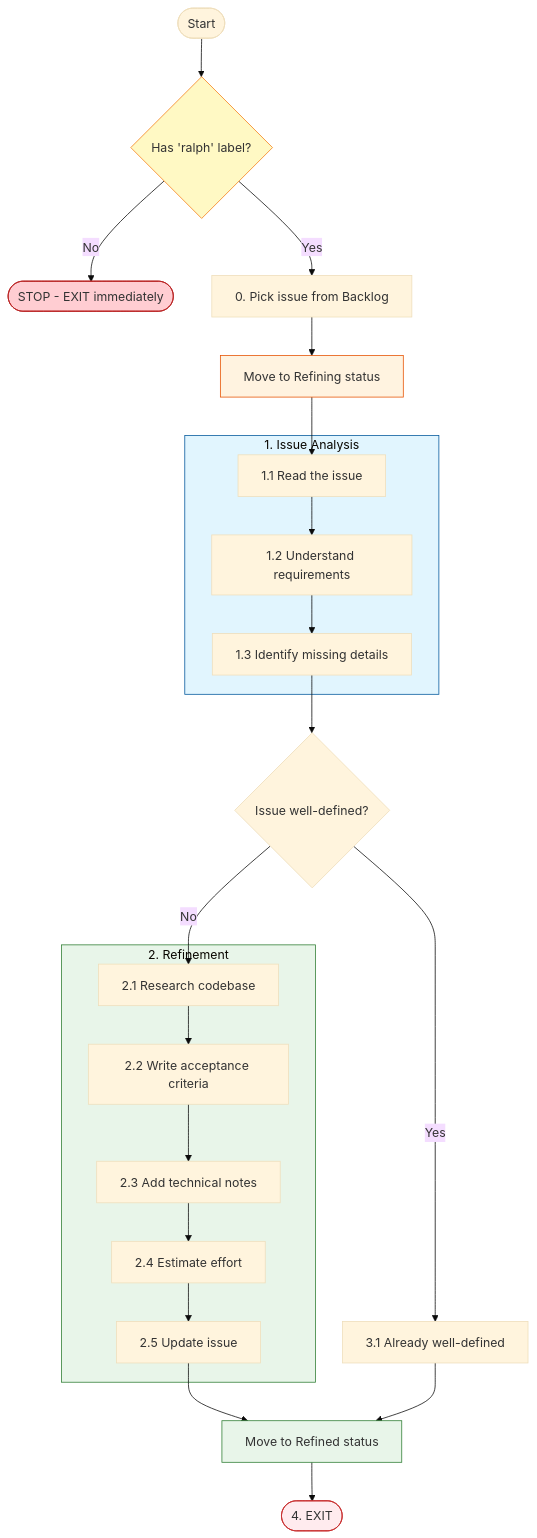
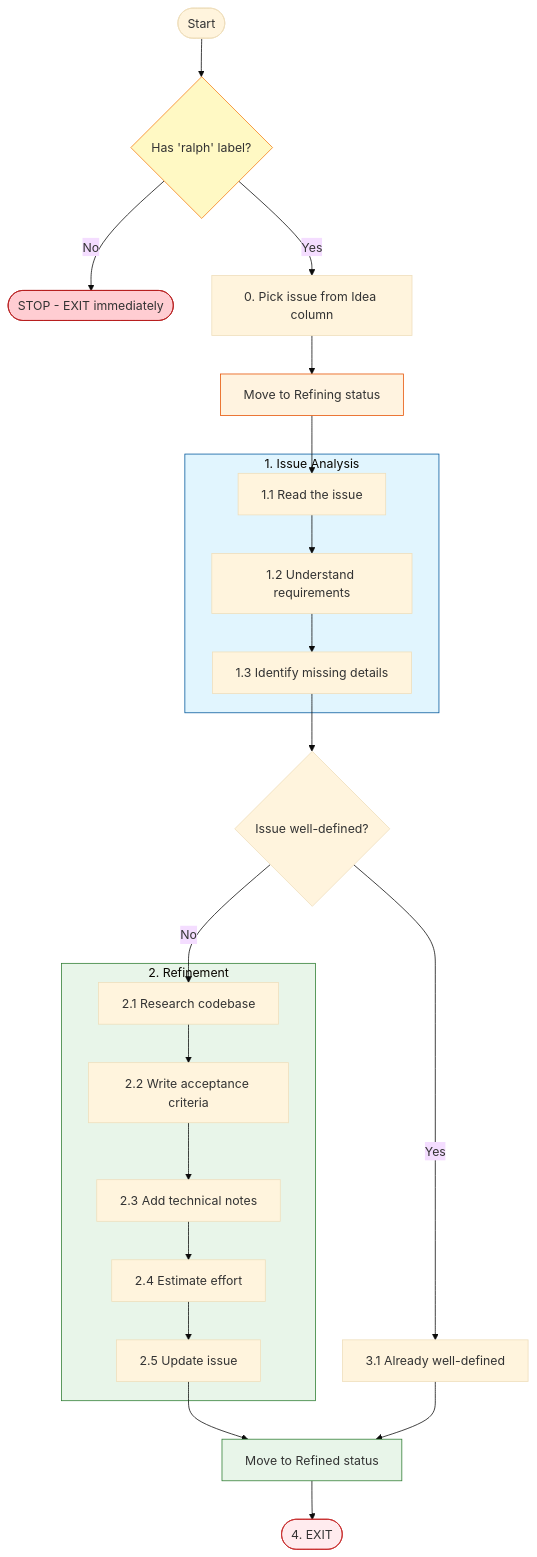
Before and after one commit to htxryan/ralph-tui: the diagram in .ralph/projects/refine/execute.md, drawn with Mermaid (base theme). The commit also changed other lines of this file and 1 other file, not shown here.

````diff
--- a/.ralph/projects/refine/execute.md
+++ b/.ralph/projects/refine/execute.md
@@ -32,44 +32,44 @@
 ```mermaid
 flowchart TD
     START([Start]) --> CHECK{Has 'ralph' label?}
     CHECK -->|No| ABORT([STOP - EXIT immediately])
-    CHECK -->|Yes| PICK[0. Pick issue from Backlog]
+    CHECK -->|Yes| PICK[0. Pick issue from Idea column]
     PICK --> MOVE_WIP[Move to Refining status]
 
     MOVE_WIP --> A1
 
     subgraph analysis[1. Issue Analysis]
         A1[1.1 Read the issue]
         A2[1.2 Understand requirements]
         A3[1.3 Identify missing details]
         A1 --> A2 --> A3
     end
 
     A3 --> B{Issue well-defined?}
     B -->|No| C1
     B -->|Yes| D1
 
     subgraph refinement[2. Refinement]
         C1[2.1 Research codebase]
         C2[2.2 Write acceptance criteria]
         C3[2.3 Add technical notes]
         C4[2.4 Estimate effort]
         C5[2.5 Update issue]
         C1 --> C2 --> C3 --> C4 --> C5
     end
 
     D1[3.1 Already well-defined]
 
     C5 --> MOVE_DONE[Move to Refined status]
     D1 --> MOVE_DONE
 
     MOVE_DONE --> FINISH([4. EXIT])
 
     style analysis fill:#e1f5fe,stroke:#01579b
     style refinement fill:#e8f5e9,stroke:#2e7d32
     style FINISH fill:#ffebee,stroke:#c62828
     style ABORT fill:#ffcdd2,stroke:#b71c1c
     style CHECK fill:#fff9c4,stroke:#f57f17
     style MOVE_WIP fill:#fff3e0,stroke:#e65100
     style MOVE_DONE fill:#e8f5e9,stroke:#2e7d32
 ```
````
